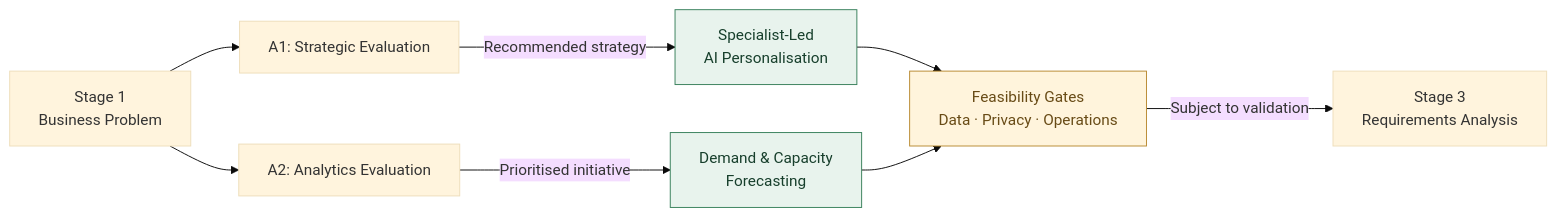
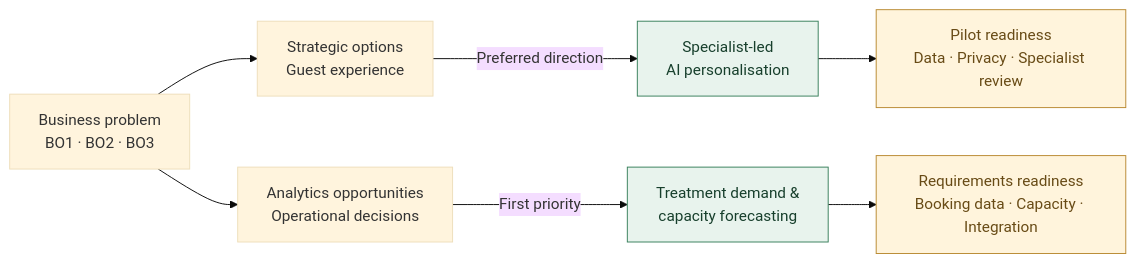
One commit to veenguyen2302-glitch/pinnacle-wellness-business-analysis changed the diagram in 02-strategy-and-solution-evaluation.md. Above: the diagram before and after it, drawn with Mermaid (base theme). The commit also changed other lines of this file, not shown here.

````diff
--- a/02-strategy-and-solution-evaluation.md
+++ b/02-strategy-and-solution-evaluation.md
@@ -17,30 +18,18 @@
 ```mermaid
 flowchart LR
-    A["Stage 1<br/>Business Problem"]
+    P["Business problem<br/>BO1 · BO2 · BO3"]
+    S["Strategic options<br/>Guest experience"]
+    O["Analytics opportunities<br/>Operational decisions"]
+    SP["Specialist-led<br/>AI personalisation"]
+    FC["Treatment demand &<br/>capacity forecasting"]
+    SG["Pilot readiness<br/>Data · Privacy · Specialist review"]
+    FG["Requirements readiness<br/>Booking data · Capacity · Integration"]
 
-    B["A1: Strategic Evaluation"]
-    C["A2: Analytics Evaluation"]
+    P --> S -->|Preferred direction| SP --> SG
+    P --> O -->|First priority| FC --> FG
 
-    D["Specialist-Led<br/>AI Personalisation"]
-    E["Demand & Capacity<br/>Forecasting"]
-
-    F["Feasibility Gates<br/>Data · Privacy · Operations"]
-    G["Stage 3<br/>Requirements Analysis"]
-
-    A --> B
-    A --> C
-
-    B -->|Recommended strategy| D
-    C -->|Prioritised initiative| E
-
-    D --> F
-    E --> F
-
-    F -->|Subject to validation| G
-
-    classDef selected fill:#e8f3ed,stroke:#39805c,color:#173f2c
-    classDef gate fill:#fff4dc,stroke:#b98a32,color:#684b16
-
-    class D,E selected
-    class F gate
+    classDef chosen fill:#e8f3ed,stroke:#39805c,color:#173f2c
+    classDef checkpoint fill:#fff4dc,stroke:#b98a32,color:#684b16
+    class SP,FC chosen
+    class SG,FG checkpoint
 ```
````
